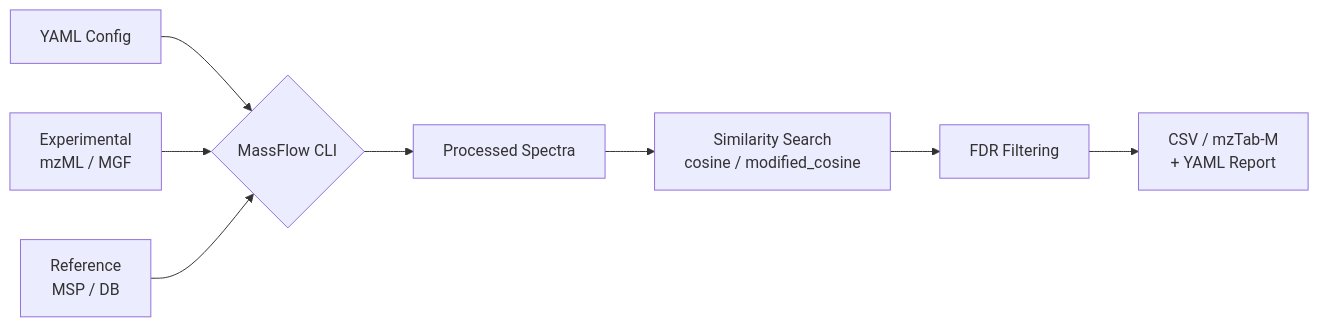
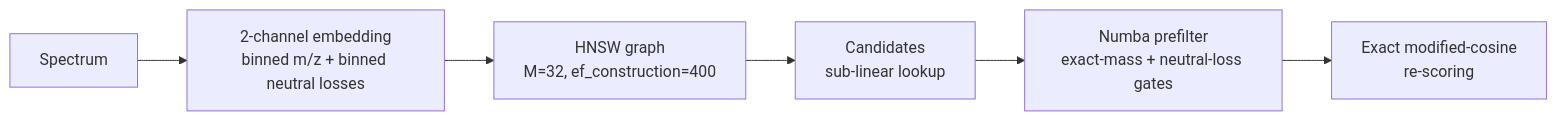
Before and after one commit to janusson/MassFlow: the second of 5 diagrams in README.md, drawn with Mermaid. The commit also changed other lines of this file and 50 other files, not shown here.

````diff
--- a/README.md
+++ b/README.md
@@ -31,10 +81,8 @@
 ```mermaid
-graph LR
-    Config[YAML Config] --> CLI{MassFlow CLI}
-    Input[Experimental<br/>mzML / MGF] --> CLI
-    Library[Reference<br/>MSP / DB] --> CLI
-    CLI --> Processed[Processed Spectra]
-    Processed --> Sim[Similarity Search<br/>cosine / modified_cosine]
-    Sim --> FDR[FDR Filtering]
-    FDR --> Out[CSV / mzTab-M<br/>+ YAML Report]
+flowchart LR
+    S[Spectrum] --> E[2-channel embedding<br/>binned m/z + binned neutral losses]
+    E --> H[HNSW graph<br/>M=32, ef_construction=400]
+    H --> C[Candidates<br/>sub-linear lookup]
+    C --> P[Numba prefilter<br/>exact-mass + neutral-loss gates]
+    P --> R[Exact modified-cosine<br/>re-scoring]
 ```
````
